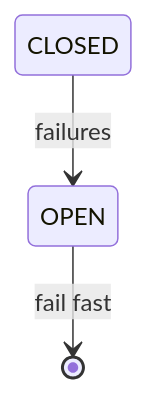
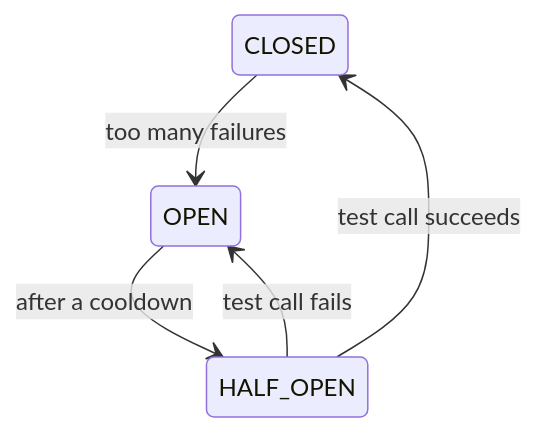
One commit to pankajThakur1874/studysheet changed diagram 15 of 29 in files/08-edge-cases/Tier-1-Production-Failures.md. Above: the diagram before and after it, drawn with Mermaid. The commit also changed other lines of this file and 5 other files, not shown here.

````diff
--- a/files/08-edge-cases/Tier-1-Production-Failures.md
+++ b/files/08-edge-cases/Tier-1-Production-Failures.md
@@ -612,5 +696,7 @@
 ```mermaid
 stateDiagram-v2
-    CLOSED --> OPEN: failures
-    OPEN --> [*]: fail fast
+    CLOSED --> OPEN: too many failures
+    OPEN --> HALF_OPEN: after a cooldown
+    HALF_OPEN --> CLOSED: test call succeeds
+    HALF_OPEN --> OPEN: test call fails
 ```
````
